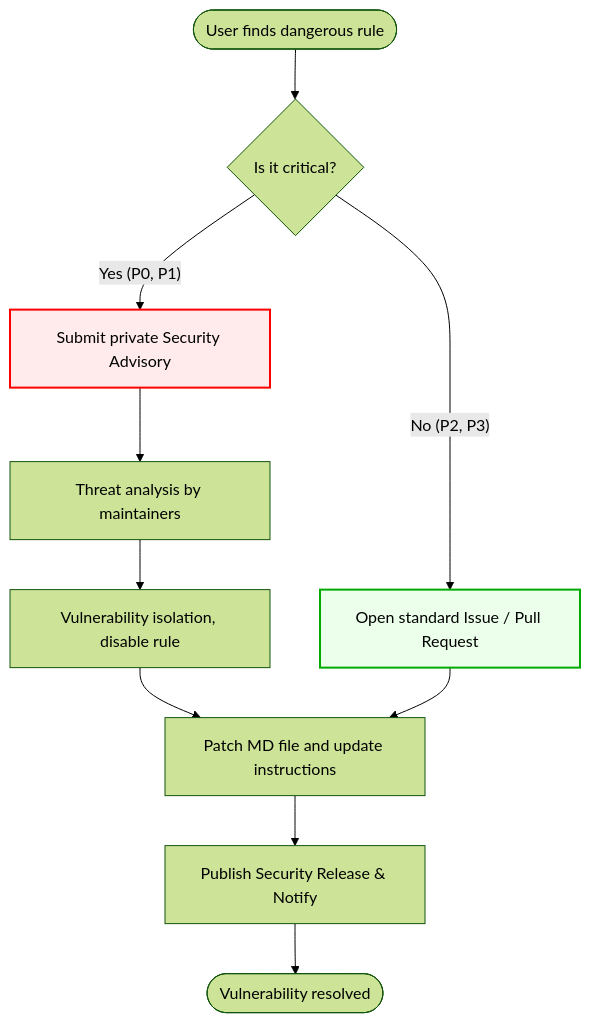
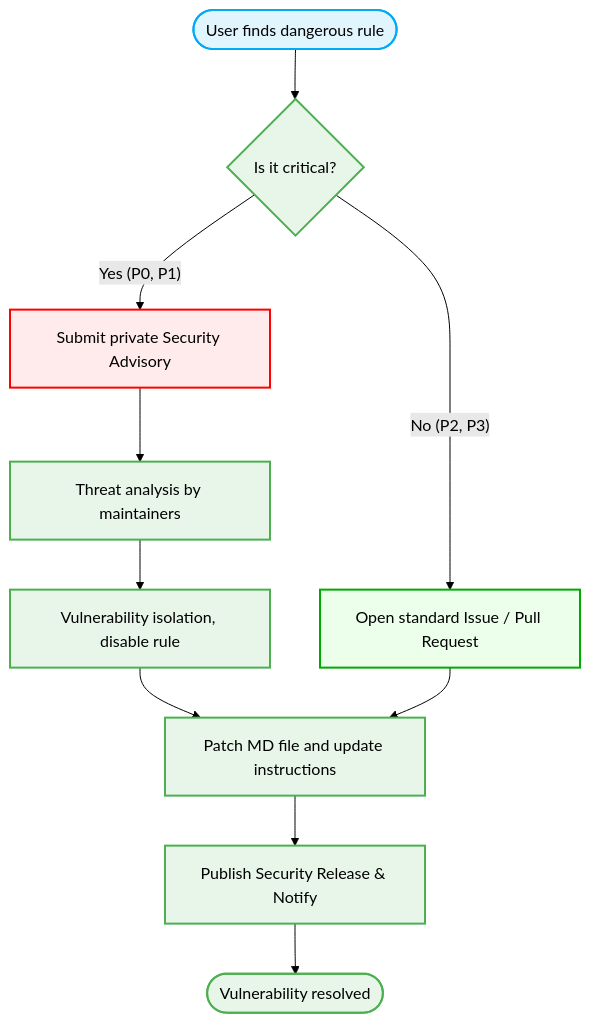
Before and after one commit to beginwebdev2002/best-practise: the first of 2 diagrams in .github/SECURITY.md, drawn with Mermaid (forest theme). The commit also changed other lines of this file and 20 other files, not shown here.

First line of the commit message:
docs: update mermaid diagrams with UI/UX design tokens styling

````diff
--- a/.github/SECURITY.md
+++ b/.github/SECURITY.md
@@ -69,19 +69,31 @@
 ```mermaid
 graph TD
     A(["User finds dangerous rule"]) --> B{"Is it critical?"}
     B -->|"Yes (P0, P1)"| C["Submit private Security Advisory"]
     B -->|"No (P2, P3)"| D["Open standard Issue / Pull Request"]
     
     C --> E["Threat analysis by maintainers"]
     E --> F["Vulnerability isolation, disable rule"]
     F --> G["Patch MD file and update instructions"]
     G --> H["Publish Security Release & Notify"]
     H --> I(["Vulnerability resolved"])
     
     D --> G
     
     classDef critical fill:#ffebeb,stroke:#ff0000,stroke-width:2px;
     classDef safe fill:#ebffeb,stroke:#00aa00,stroke-width:2px;
     class C critical;
     class D safe;
+    %% Added Design Token Styles for Mermaid Diagrams
+    classDef default fill:#e1f5fe,stroke:#03a9f4,stroke-width:2px,color:#000;
+    classDef component fill:#e8f5e9,stroke:#4caf50,stroke-width:2px,color:#000;
+    classDef layout fill:#f3e5f5,stroke:#9c27b0,stroke-width:2px,color:#000;
+
+    class E component;
+    class F component;
+    class G component;
+    class H component;
+    class I component;
+    class B component;
+
 ```
````
